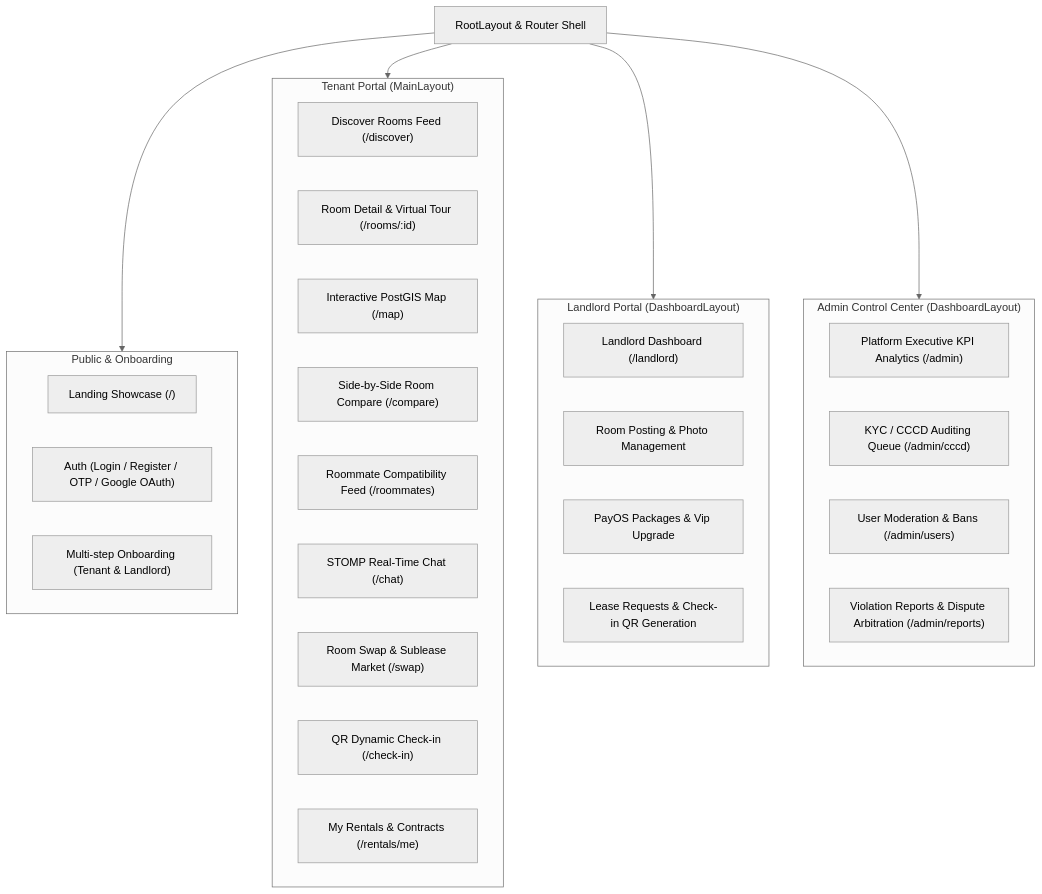
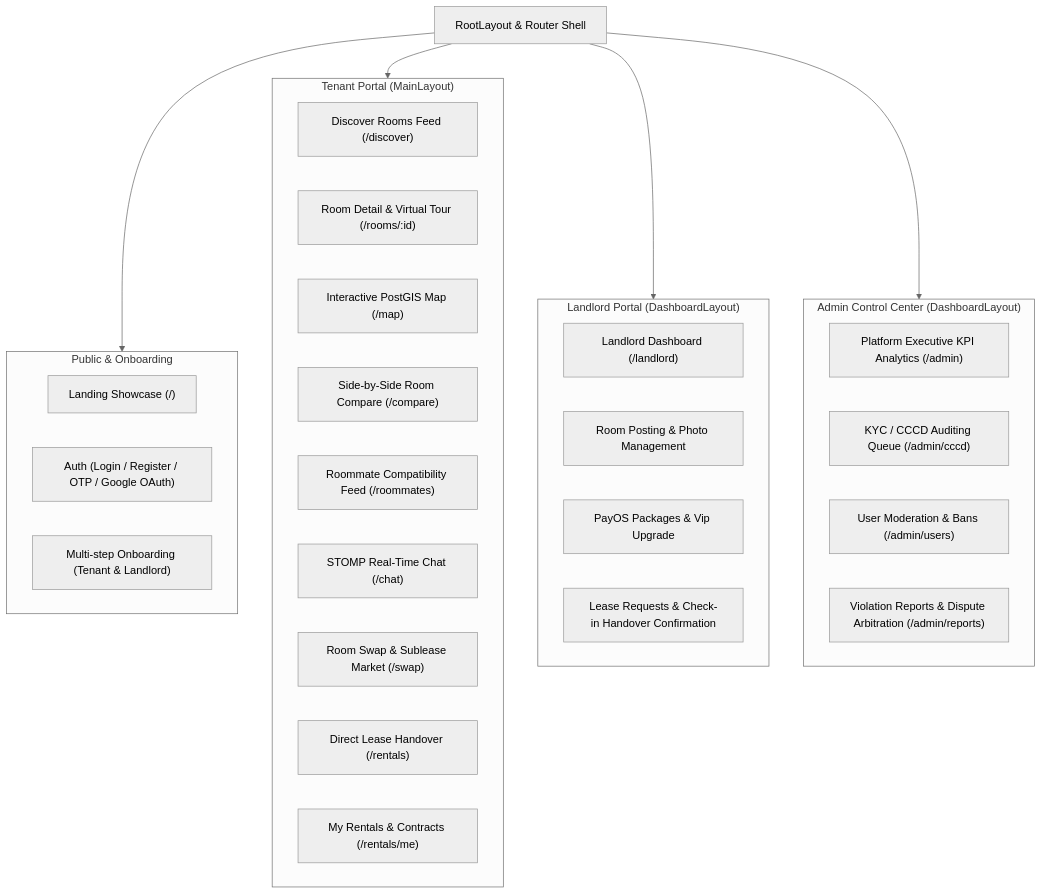
The diagram in README.md (TruongHai-SE/phongtroxanh-frontend), drawn with Mermaid (neutral theme) before and after one commit. The commit also changed other lines of this file and 5 other files, not shown here.

Commit message:
refactor(rental): update handover check-in descriptions and remove legacy QR mentions

````diff
--- a/README.md
+++ b/README.md
@@ -57,41 +57,41 @@
 ```mermaid
 flowchart TD
     AppShell["RootLayout & Router Shell"]
     
     subgraph PublicAuth["Public & Onboarding"]
         LandingPage["Landing Showcase (/)"]
         AuthFlow["Auth (Login / Register / OTP / Google OAuth)"]
         OnboardingFlow["Multi-step Onboarding (Tenant & Landlord)"]
     end
 
     subgraph TenantPortal["Tenant Portal (MainLayout)"]
         Discover["Discover Rooms Feed (/discover)"]
         RoomDetail["Room Detail & Virtual Tour (/rooms/:id)"]
         MapView["Interactive PostGIS Map (/map)"]
         CompareRooms["Side-by-Side Room Compare (/compare)"]
         RoommateFeed["Roommate Compatibility Feed (/roommates)"]
         ChatHub["STOMP Real-Time Chat (/chat)"]
         TenantSwap["Room Swap & Sublease Market (/swap)"]
-        CheckIn["QR Dynamic Check-in (/check-in)"]
+        CheckIn["Direct Lease Handover (/rentals)"]
         Rentals["My Rentals & Contracts (/rentals/me)"]
     end
 
     subgraph LandlordPortal["Landlord Portal (DashboardLayout)"]
         LandlordDash["Landlord Dashboard (/landlord)"]
         RoomMgmt["Room Posting & Photo Management"]
         SubPackages["PayOS Packages & Vip Upgrade"]
-        TenantRequests["Lease Requests & Check-in QR Generation"]
+        TenantRequests["Lease Requests & Check-in Handover Confirmation"]
     end
 
     subgraph AdminPortal["Admin Control Center (DashboardLayout)"]
         AdminOverview["Platform Executive KPI Analytics (/admin)"]
         CccdQueue["KYC / CCCD Auditing Queue (/admin/cccd)"]
         UserMgmt["User Moderation & Bans (/admin/users)"]
         ReportsMgmt["Violation Reports & Dispute Arbitration (/admin/reports)"]
     end
 
     AppShell --> PublicAuth
     AppShell --> TenantPortal
     AppShell --> LandlordPortal
     AppShell --> AdminPortal
 ```
````
